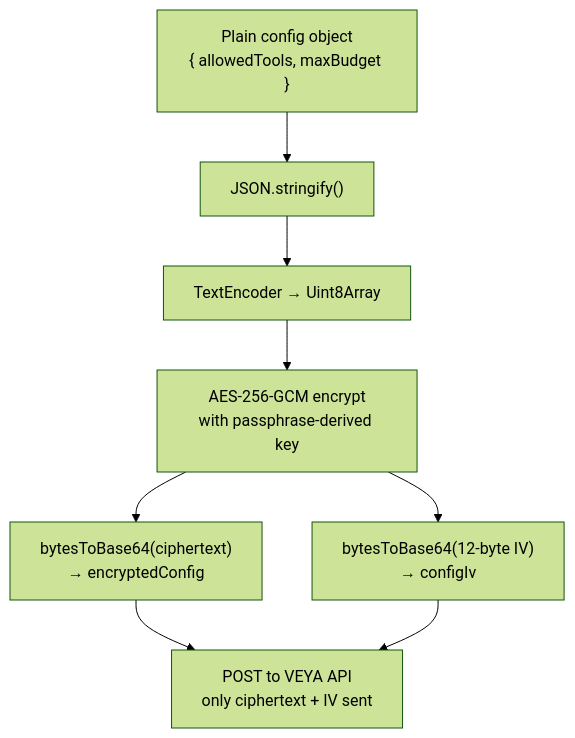
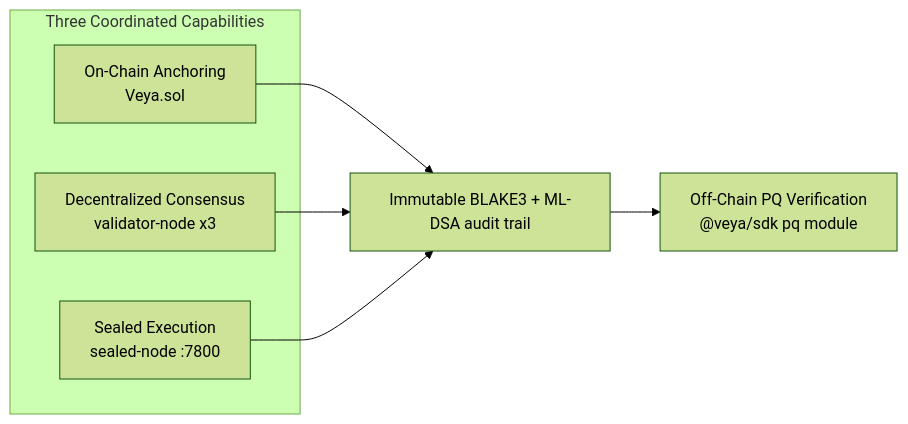
One commit to veyanet/veya-sdk changed the first of 2 diagrams in docs/ARCHITECTURE.md. Above: the diagram before and after it, drawn with Mermaid (forest theme). The commit also changed other lines of this file, not shown here.

Commit message:
docs(architecture): add executive summary threat model and design philosophy

````diff
--- a/docs/ARCHITECTURE.md
+++ b/docs/ARCHITECTURE.md
@@ -259,10 +68,12 @@
 ```mermaid
-flowchart TD
-    A["Plain config object\n{ allowedTools, maxBudget }"] --> B["JSON.stringify()"]
-    B --> C["TextEncoder → Uint8Array"]
-    C --> D["AES-256-GCM encrypt\nwith passphrase-derived key"]
-    D --> E["bytesToBase64(ciphertext)\n→ encryptedConfig"]
-    D --> F["bytesToBase64(12-byte IV)\n→ configIv"]
-    E --> G["POST to VEYA API\nonly ciphertext + IV sent"]
-    F --> G
+flowchart LR
+    subgraph Capabilities["Three Coordinated Capabilities"]
+        A["On-Chain Anchoring\nVeya.sol"]
+        B["Decentralized Consensus\nvalidator-node x3"]
+        C["Sealed Execution\nsealed-node :7800"]
+    end
+    A --> D["Immutable BLAKE3 + ML-DSA audit trail"]
+    B --> D
+    C --> D
+    D --> E["Off-Chain PQ Verification\n@veya/sdk pq module"]
 ```
````
